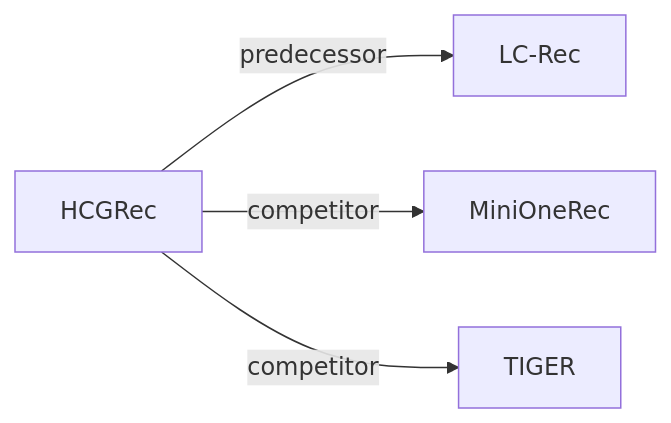
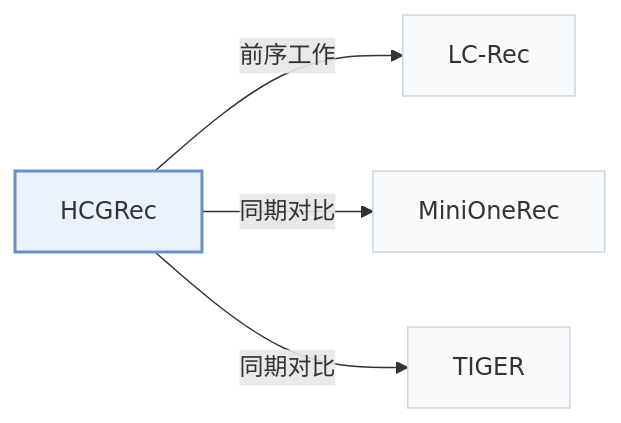
Before and after one commit to Galaxy-ghost/Awesome-SID-Generative-Rec: the second of 2 diagrams in pages/zh/papers/hcgrec.md, drawn with Mermaid. The commit also changed other lines of this file and 649 other files, not shown here.

Commit message:
writer-05: also tags and modality index (schema, check, build, visuals); summary field removed; calibration data for 12 papers

````diff
--- a/pages/zh/papers/hcgrec.md
+++ b/pages/zh/papers/hcgrec.md
@@ -69,7 +73,11 @@
 ```mermaid
 flowchart LR
     P["HCGRec"]
-    P -->|predecessor| A["LC-Rec"]
-    P -->|competitor| B["MiniOneRec"]
-    P -->|competitor| C["TIGER"]
+    P -->|"前序工作"| A["LC-Rec"]
+    P -->|"同期对比"| B["MiniOneRec"]
+    P -->|"同期对比"| C["TIGER"]
+    classDef main fill:#eaf2fb,stroke:#6b8fc7,stroke-width:2px
+    classDef peer fill:#f8fafc,stroke:#cbd5e1
+    class P main
+    class A,B,C peer
 ```
````
